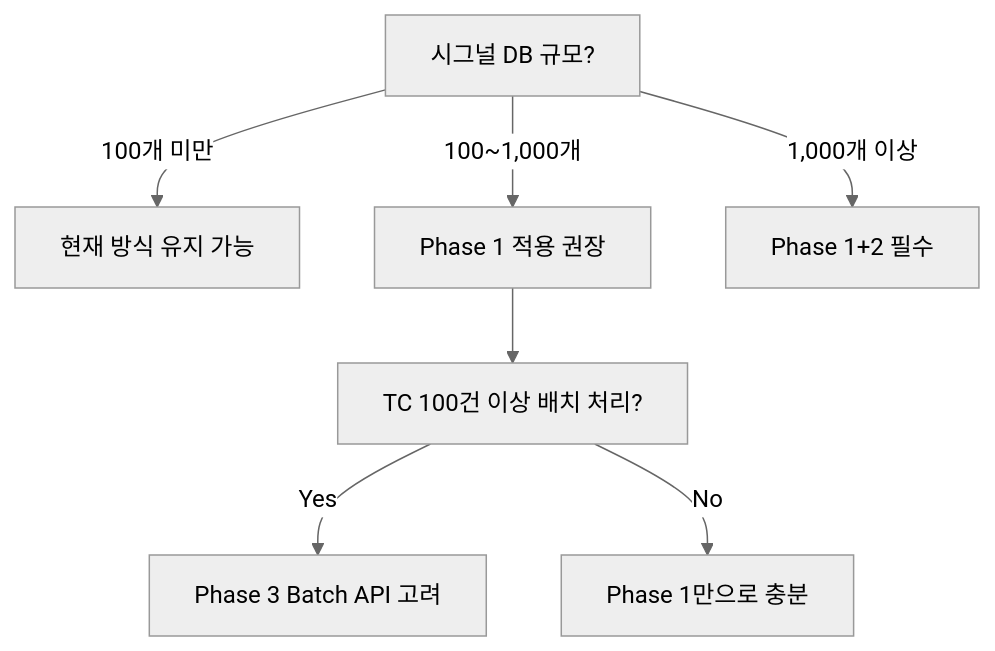
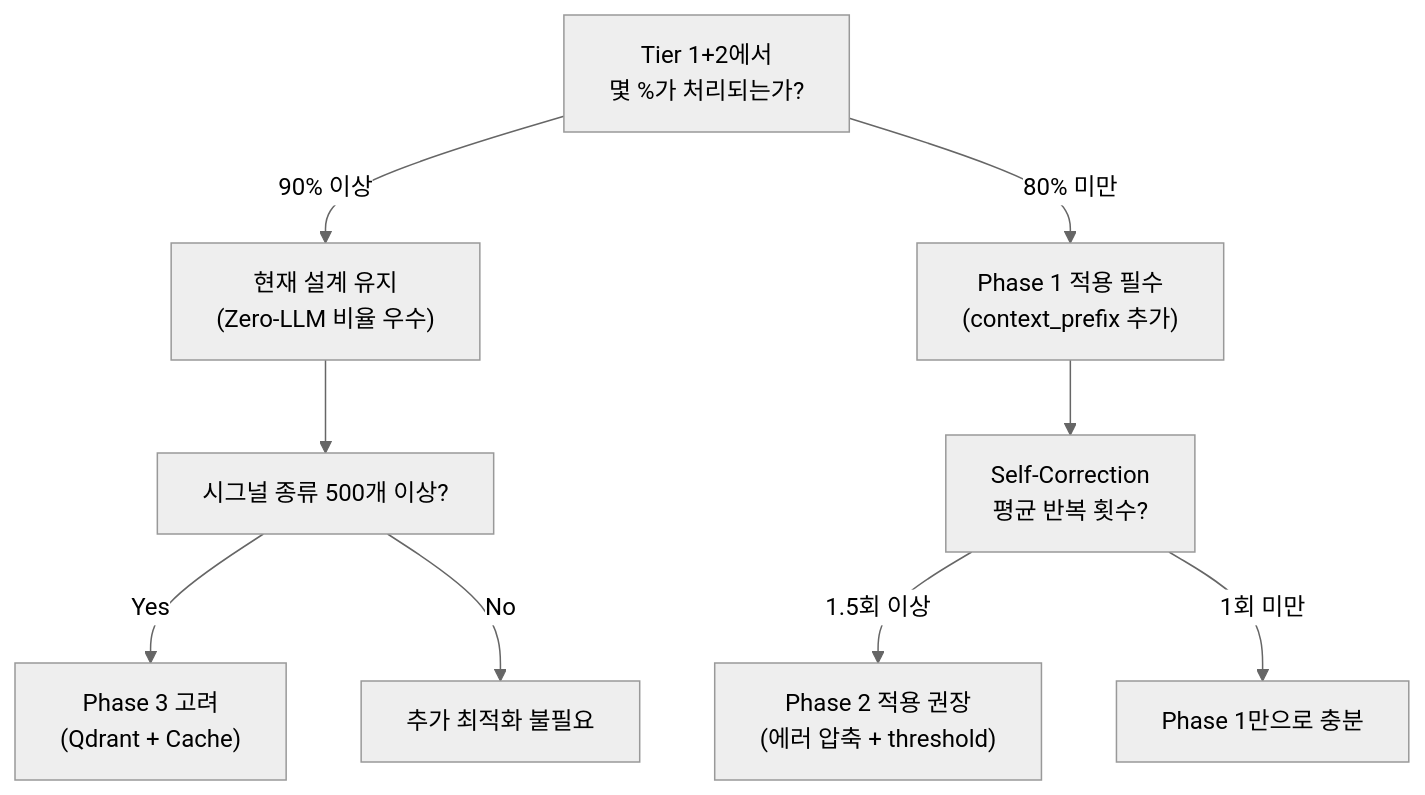
The diagram in docs/03_advanced_design/rag_vs_full_context.md (yuntnwls/testcase-generator), drawn with Mermaid (neutral theme) before and after one commit. The commit also changed other lines of this file, not shown here.

````diff
--- a/docs/03_advanced_design/rag_vs_full_context.md
+++ b/docs/03_advanced_design/rag_vs_full_context.md
@@ -241,9 +195,11 @@
 ```mermaid
 graph TD
-    A[시그널 DB 규모?] -->|100개 미만| B[현재 방식 유지 가능]
-    A -->|100~1,000개| C[Phase 1 적용 권장]
-    A -->|1,000개 이상| D[Phase 1+2 필수]
-    C --> E[TC 100건 이상 배치 처리?]
-    E -->|Yes| F[Phase 3 Batch API 고려]
-    E -->|No| G[Phase 1만으로 충분]
+    A["Tier 1+2에서<br/>몇 %가 처리되는가?"] -->|90% 이상| B["현재 설계 유지<br/>(Zero-LLM 비율 우수)"]
+    A -->|80% 미만| C["Phase 1 적용 필수<br/>(context_prefix 추가)"]
+    C --> D["Self-Correction<br/>평균 반복 횟수?"]
+    D -->|1.5회 이상| E["Phase 2 적용 권장<br/>(에러 압축 + threshold)"]
+    D -->|1회 미만| F["Phase 1만으로 충분"]
+    B --> G["시그널 종류 500개 이상?"]
+    G -->|Yes| H["Phase 3 고려<br/>(Qdrant + Cache)"]
+    G -->|No| I["추가 최적화 불필요"]
 ```
````
